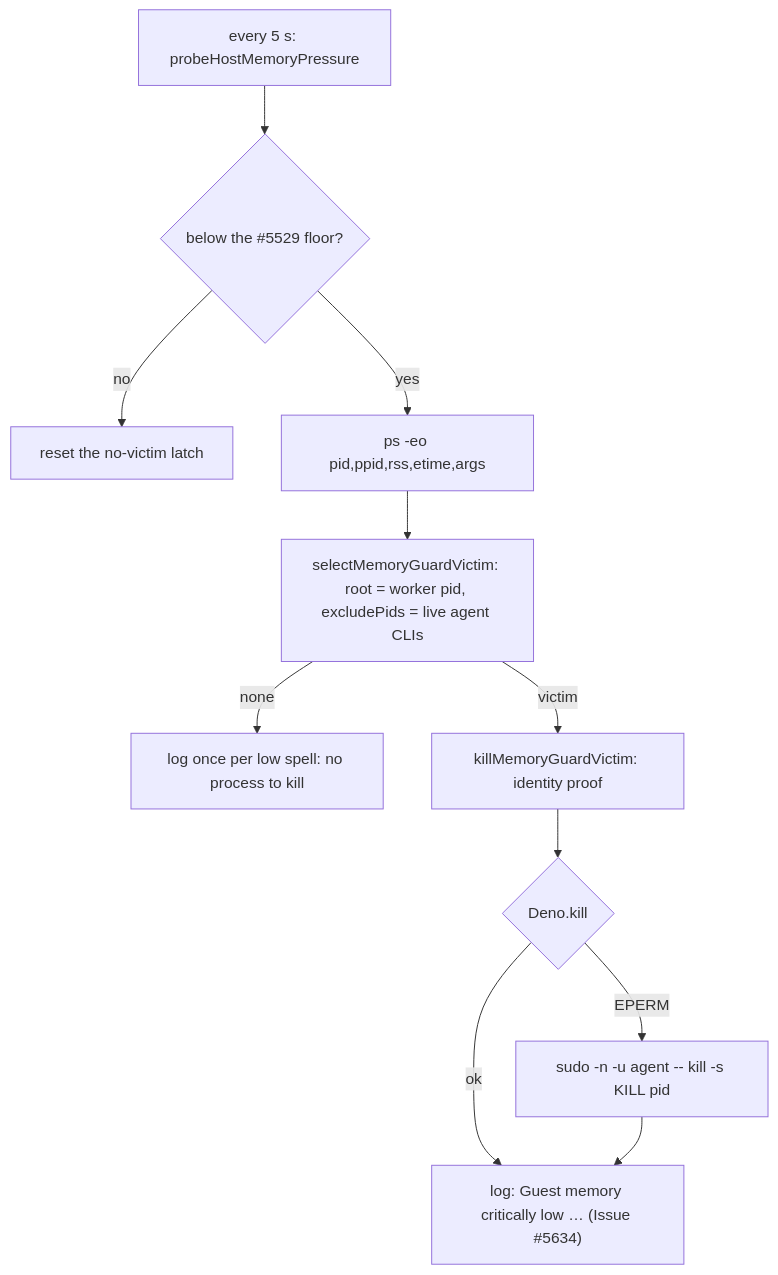
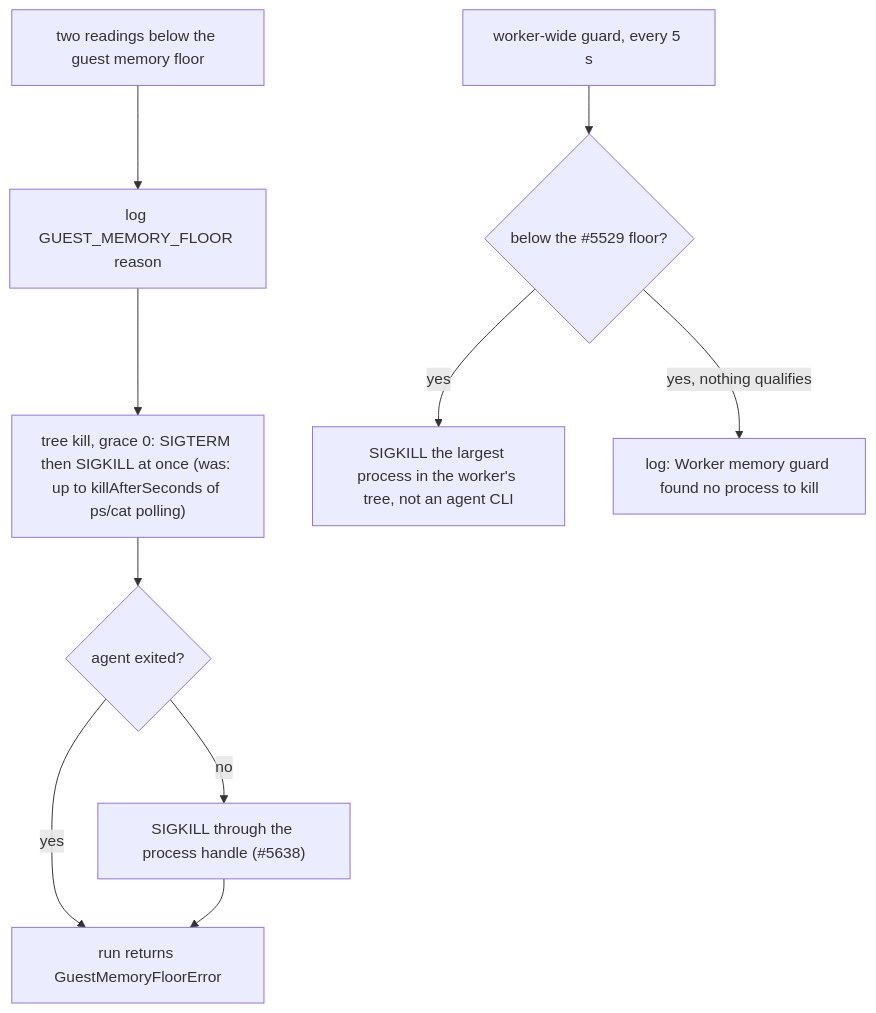
One commit to stSoftwareAU/VibeCoder changed the diagram in docs/archive/pr-summaries/pr-summary-5634.md. Above: the diagram before and after it, drawn with Mermaid. The commit also changed other lines of this file, not shown here.

First line of the commit message:
Rewrite the PR summary for the no-grace floor stop (Issue #5634)

````diff
--- a/docs/archive/pr-summaries/pr-summary-5634.md
+++ b/docs/archive/pr-summaries/pr-summary-5634.md
@@ -74,13 +75,12 @@
 ```mermaid
 flowchart TD
-    T[every 5 s: probeHostMemoryPressure] --> F{below the #5529 floor?}
-    F -->|no| R[reset the no-victim latch]
-    F -->|yes| P[ps -eo pid,ppid,rss,etime,args]
-    P --> S["selectMemoryGuardVictim: root = worker pid, excludePids = live agent CLIs"]
-    S -->|none| N["log once per low spell: no process to kill"]
-    S -->|victim| K[killMemoryGuardVictim: identity proof]
-    K --> D{Deno.kill}
-    D -->|EPERM| U["sudo -n -u agent -- kill -s KILL pid"]
-    D -->|ok| L["log: Guest memory critically low … (Issue #5634)"]
-    U --> L
+    R[two readings below the guest memory floor] --> W[log GUEST_MEMORY_FLOOR reason]
+    W --> T["tree kill, grace 0: SIGTERM then SIGKILL at once (was: up to killAfterSeconds of ps/cat polling)"]
+    T --> H{agent exited?}
+    H -->|no| K["SIGKILL through the process handle (#5638)"]
+    H -->|yes| D[run returns GuestMemoryFloorError]
+    K --> D
+    G["worker-wide guard, every 5 s"] --> F{below the #5529 floor?}
+    F -->|yes| V["SIGKILL the largest process in the worker's tree, not an agent CLI"]
+    F -->|"yes, nothing qualifies"| N["log: Worker memory guard found no process to kill"]
 ```
````
